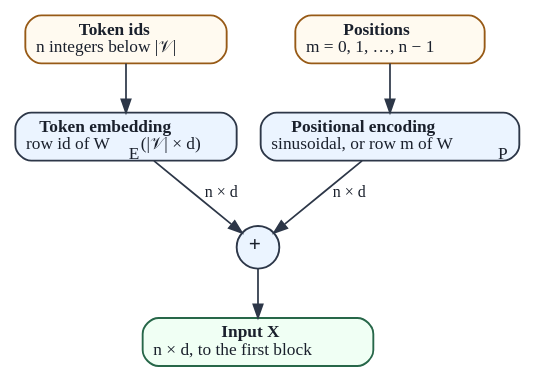
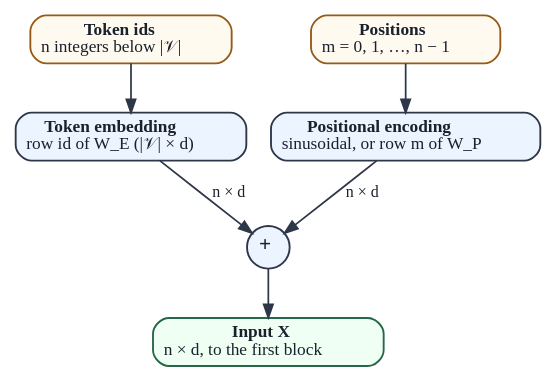
The diagram in chapters/01-foundations/figures/embedding_composition.dot (Beaker12/llmatlas), drawn with Graphviz before and after one commit. The commit also changed 39 other files, not shown here.

Commit message:
Chapter 1 figures: plain subscripts in schematics, vertical history timeline, sentence-case plots, Zipf reference line, parameter axis in millions, display widths

```diff
--- a/chapters/01-foundations/figures/embedding_composition.dot
+++ b/chapters/01-foundations/figures/embedding_composition.dot
@@ -1,17 +1,17 @@
 digraph EmbeddingComposition {
     graph [fontname="Arial" fontsize=13 bgcolor=white];
 
     ids [label=<<b>Token ids</b><br/>n integers below |𝒱|> shape=box style="rounded,filled" fillcolor="#fffaf0" color="#975a16" penwidth=1.4 fontsize=13 fontcolor="#1a202c"];
     pos [label=<<b>Positions</b><br/>m = 0, 1, …, n − 1> shape=box style="rounded,filled" fillcolor="#fffaf0" color="#975a16" penwidth=1.4 fontsize=13 fontcolor="#1a202c"];
-    tok [label=<<b>Token embedding</b><br/>row id of W<sub>E</sub> (|𝒱| × d)> shape=box style="rounded,filled" fillcolor="#ebf4ff" color="#2d3748" penwidth=1.4 fontsize=13 fontcolor="#1a202c"];
-    pe [label=<<b>Positional encoding</b><br/>sinusoidal, or row m of W<sub>P</sub>> shape=box style="rounded,filled" fillcolor="#ebf4ff" color="#2d3748" penwidth=1.4 fontsize=13 fontcolor="#1a202c"];
+    tok [label=<<b>Token embedding</b><br/>row id of W_E (|𝒱| × d)> shape=box style="rounded,filled" fillcolor="#ebf4ff" color="#2d3748" penwidth=1.4 fontsize=13 fontcolor="#1a202c"];
+    pe [label=<<b>Positional encoding</b><br/>sinusoidal, or row m of W_P> shape=box style="rounded,filled" fillcolor="#ebf4ff" color="#2d3748" penwidth=1.4 fontsize=13 fontcolor="#1a202c"];
     add [label=<<b>+</b>> shape=circle style="filled" fillcolor="#ebf4ff" color="#2d3748" penwidth=1.4 fontsize=13 fontcolor="#1a202c" width=0.45 fixedsize=true fontsize=16];
     x [label=<<b>Input X</b><br/>n × d, to the first block> shape=box style="rounded,filled" fillcolor="#f0fff4" color="#276749" penwidth=1.4 fontsize=13 fontcolor="#1a202c"];
     { rank=same; ids; pos; }
     { rank=same; tok; pe; }
     ids -> tok [color="#2d3748" penwidth=1.3 fontsize=12 fontcolor="#1a202c"];
     pos -> pe [color="#2d3748" penwidth=1.3 fontsize=12 fontcolor="#1a202c"];
     tok -> add [color="#2d3748" penwidth=1.3 fontsize=12 fontcolor="#1a202c" label=<n × d>];
     pe -> add [color="#2d3748" penwidth=1.3 fontsize=12 fontcolor="#1a202c" label=<n × d>];
     add -> x [color="#2d3748" penwidth=1.3 fontsize=12 fontcolor="#1a202c"];
 }
```
